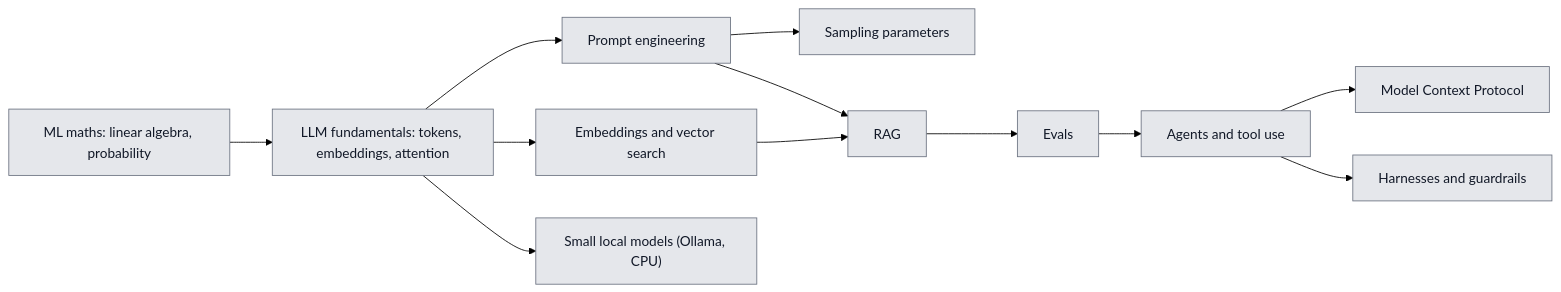
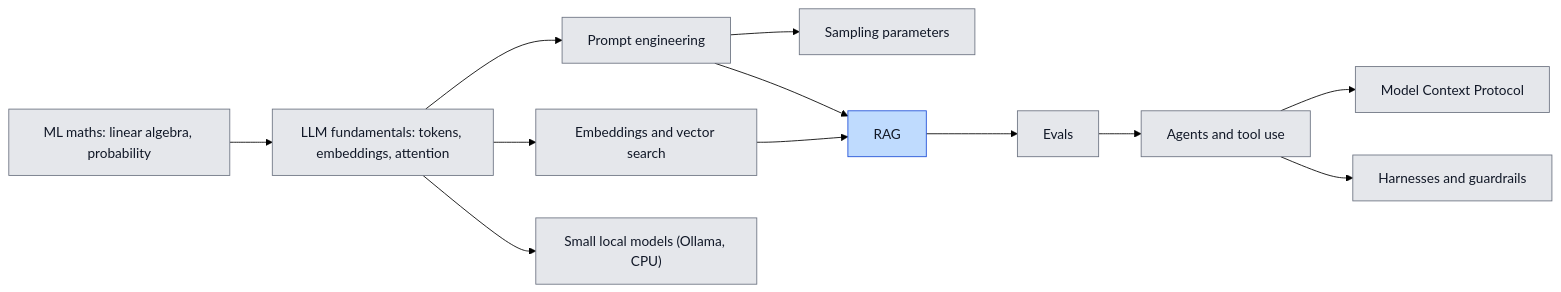
The diagram in labs/ai/README.md (LasterBergamot/learning-lab), drawn with Mermaid (forest theme) before and after one commit. The commit also changed other lines of this file and 19 other files, not shown here.

````diff
--- a/labs/ai/README.md
+++ b/labs/ai/README.md
@@ -18,31 +18,32 @@
 ```mermaid
 flowchart LR
   MATH["ML maths: linear algebra, probability"]
   LLM["LLM fundamentals: tokens, embeddings, attention"]
   PE["Prompt engineering"]
   SAMP["Sampling parameters"]
   EMB["Embeddings and vector search"]
   RAG["RAG"]
   EVAL["Evals"]
   AGT["Agents and tool use"]
   MCP["Model Context Protocol"]
   HARN["Harnesses and guardrails"]
   LOCAL["Small local models (Ollama, CPU)"]
   MATH --> LLM
   LLM --> PE
   PE --> SAMP
   LLM --> EMB
   PE --> RAG
   EMB --> RAG
   RAG --> EVAL
   EVAL --> AGT
   AGT --> MCP
   AGT --> HARN
   LLM --> LOCAL
 
   classDef todo fill:#e5e7eb,color:#111827,stroke:#6b7280
   classDef learning fill:#fde68a,color:#111827,stroke:#b45309
   classDef building fill:#bfdbfe,color:#111827,stroke:#1d4ed8
   classDef done fill:#bbf7d0,color:#111827,stroke:#15803d
-  class MATH,LLM,PE,SAMP,EMB,RAG,EVAL,AGT,MCP,HARN,LOCAL todo
+  class MATH,LLM,PE,SAMP,EMB,EVAL,AGT,MCP,HARN,LOCAL todo
+  class RAG building
 ```
````
